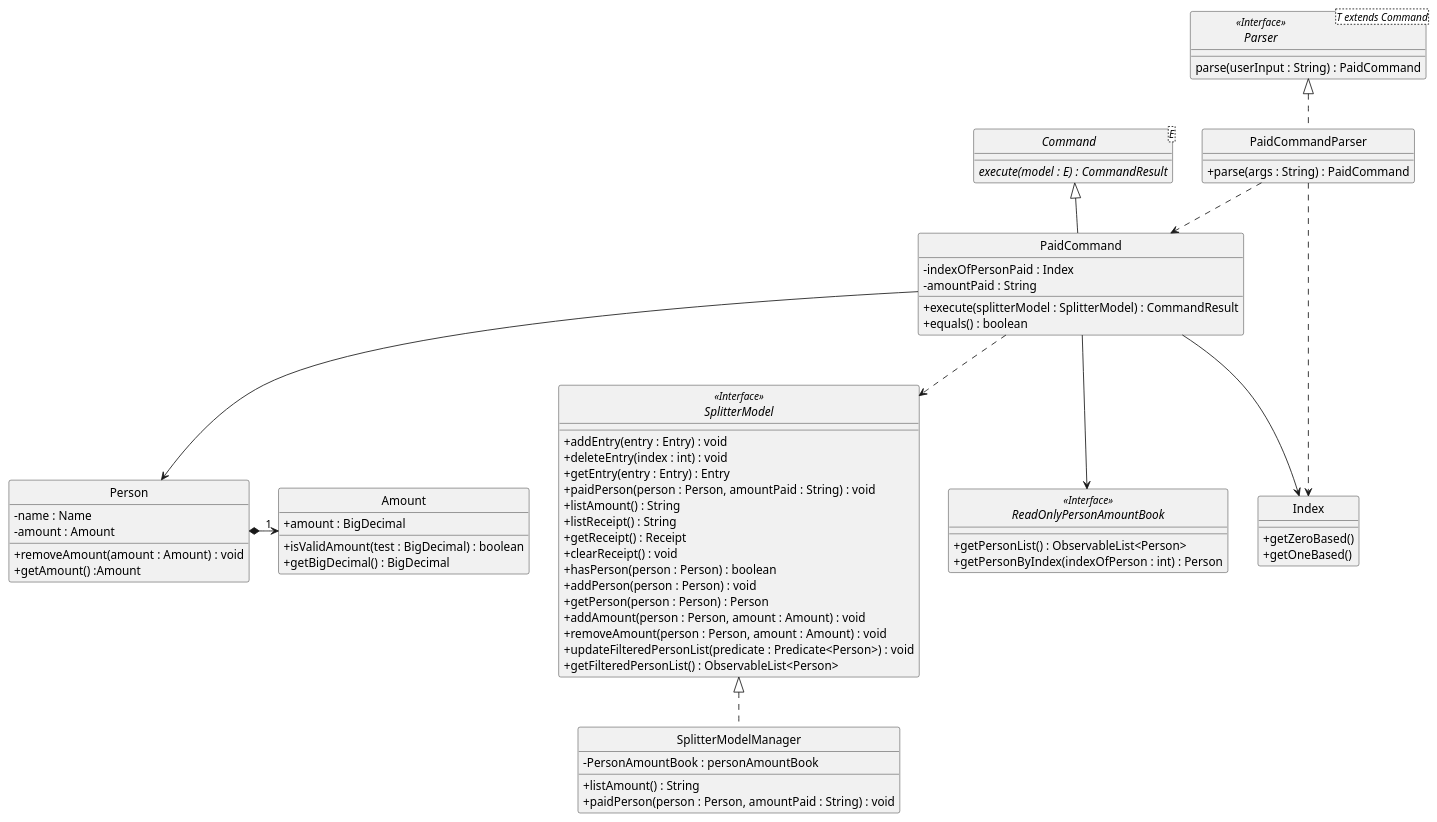
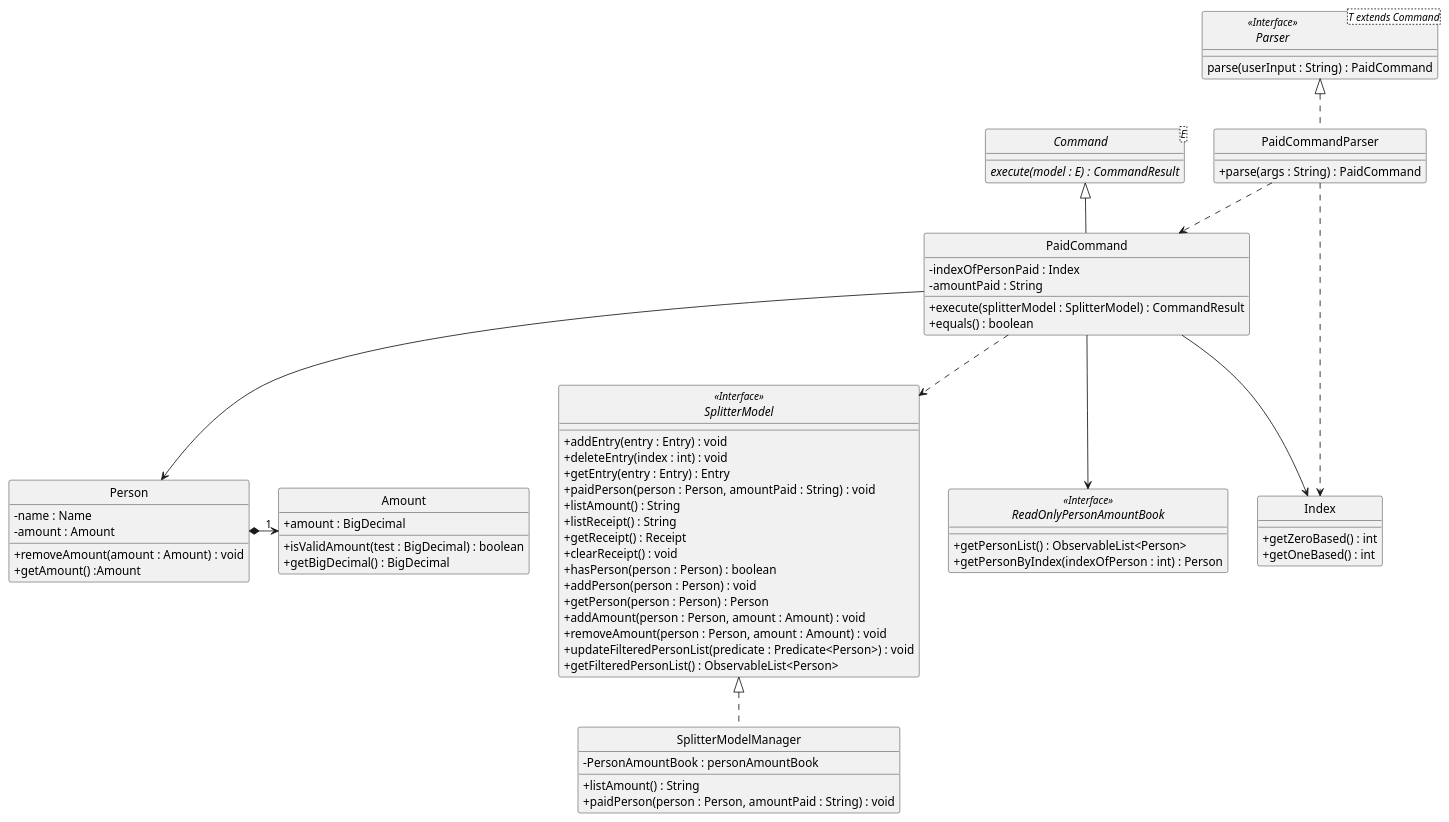
Before and after one commit to nus-cs2103-AY1920S2/addressbook-level3: the diagram in docs/diagrams/ExpenseSplitterPaidCommandClassDiagram.puml, drawn with PlantUML. The commit also changed 1 other file, not shown here.

```diff
--- a/docs/diagrams/ExpenseSplitterPaidCommandClassDiagram.puml
+++ b/docs/diagrams/ExpenseSplitterPaidCommandClassDiagram.puml
@@ -1,107 +1,107 @@
 @startuml
 /' @author @WillySeahh'/
 /' Got inspiration and adapted
 from https://github.com/AY1920S2-CS2103T-W12-1/main/blob/master/docs/images/DeliveredClassDiagram.png '/
 
 skinparam backgroundColor #ffffff
 skinparam classAttributeIconSize 0
 hide circle
 
 class PaidCommandParser implements Parser {
     /' Methods '/
     + parse(args : String) : PaidCommand
 }
 
 interface Parser<T extends Command> <<Interface>> {
     parse(userInput : String) : PaidCommand
 
 }
 
 abstract class Command <E> {
     {abstract} execute(model : E) : CommandResult
 }
 
 class PaidCommand extends Command {
     /' Fields '/
     - indexOfPersonPaid : Index
     - amountPaid : String
 
     /' Methods '/
     + execute(splitterModel : SplitterModel) : CommandResult
     + equals() : boolean
 }
 
 interface SplitterModel <<Interface>> {
     + addEntry(entry : Entry) : void
     + deleteEntry(index : int) : void
     + getEntry(entry : Entry) : Entry
     + paidPerson(person : Person, amountPaid : String) : void
     + listAmount() : String
     + listReceipt() : String
     + getReceipt() : Receipt
     + clearReceipt() : void
     + hasPerson(person : Person) : boolean
     + addPerson(person : Person) : void
     + getPerson(person : Person) : Person
     + addAmount(person : Person, amount : Amount) : void
     + removeAmount(person : Person, amount : Amount) : void
     + updateFilteredPersonList(predicate : Predicate<Person>) : void
     + getFilteredPersonList() : ObservableList<Person>
 
 }
 
 class Index {
-    + getZeroBased()
-    + getOneBased()
+    + getZeroBased() : int
+    + getOneBased() : int
 }
 
 
 
 class SplitterModelManager implements SplitterModel {
     /' Fields '/
     - PersonAmountBook : personAmountBook
 
     /' Methods '/
     + listAmount() : String
     + paidPerson(person : Person, amountPaid : String) : void
 }
 
 interface ReadOnlyPersonAmountBook <<Interface>> {
 
         + getPersonList() : ObservableList<Person>
         + getPersonByIndex(indexOfPerson : int) : Person
 
 }
 
 class Person {
      /' Fields '/
      - name : Name
      - amount : Amount
 
      /' Methods '/
      + removeAmount(amount : Amount) : void
      + getAmount() :Amount
 }
 
 class Amount{
     /' Fields '/
     + amount : BigDecimal
 
     /' Methods '/
     + isValidAmount(test : BigDecimal) : boolean
     + getBigDecimal() : BigDecimal
 }
 
 
 
 
 PaidCommandParser ..> PaidCommand
 PaidCommand ..> SplitterModel
 PaidCommandParser ..> Index
 PaidCommand --> Index
 PaidCommand --> ReadOnlyPersonAmountBook
 PaidCommand --> Person
 Person *-right->"1" Amount
 
 
 @enduml
```
